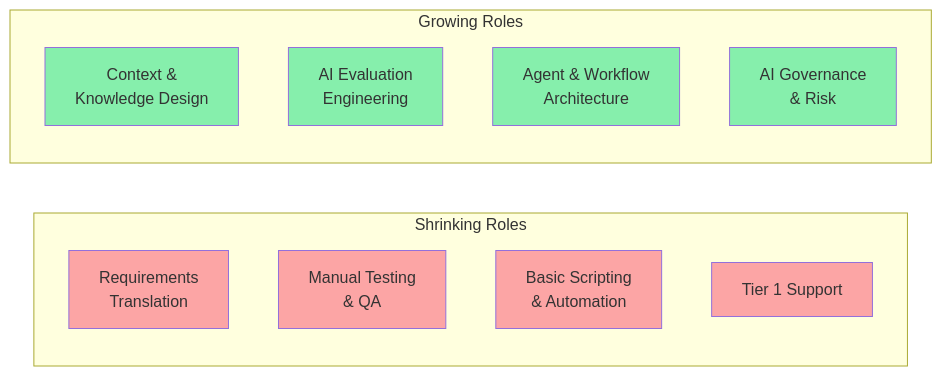
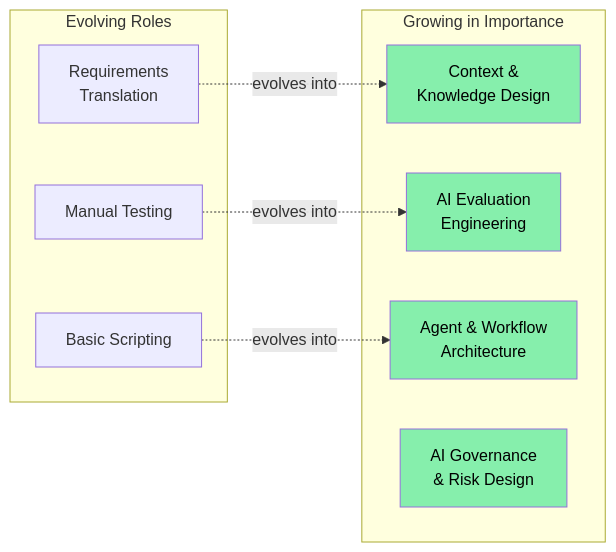
Before and after one commit to fps4/web-faridgurbanov: the fourth of 4 diagrams in src/content/en/blog/it-org-ai-transformation.md, drawn with Mermaid. The commit also changed other lines of this file and 13 other files, not shown here.

````diff
--- a/src/content/en/blog/it-org-ai-transformation.md
+++ b/src/content/en/blog/it-org-ai-transformation.md
@@ -143,25 +139,24 @@
 ```mermaid
 flowchart LR
-    subgraph "Shrinking Roles"
+    subgraph "Evolving Roles"
         A["Requirements\nTranslation"]
-        B["Manual Testing\n& QA"]
-        C["Basic Scripting\n& Automation"]
-        D["Tier 1 Support"]
+        B["Manual Testing"]
+        C["Basic Scripting"]
     end
 
-    subgraph "Growing Roles"
-        E["Context &\nKnowledge Design"]
-        F["AI Evaluation\nEngineering"]
-        G["Agent & Workflow\nArchitecture"]
-        H["AI Governance\n& Risk"]
+    subgraph "Growing in Importance"
+        D["Context &\nKnowledge Design"]
+        E["AI Evaluation\nEngineering"]
+        F["Agent & Workflow\nArchitecture"]
+        G["AI Governance\n& Risk Design"]
     end
 
-    style A fill:#fca5a5
-    style B fill:#fca5a5
-    style C fill:#fca5a5
-    style D fill:#fca5a5
-    style E fill:#86efac
-    style F fill:#86efac
-    style G fill:#86efac
-    style H fill:#86efac
+    A -.->|"evolves into"| D
+    B -.->|"evolves into"| E
+    C -.->|"evolves into"| F
+
+    style D fill:#86efac,color:#000
+    style E fill:#86efac,color:#000
+    style F fill:#86efac,color:#000
+    style G fill:#86efac,color:#000
 ```
````
